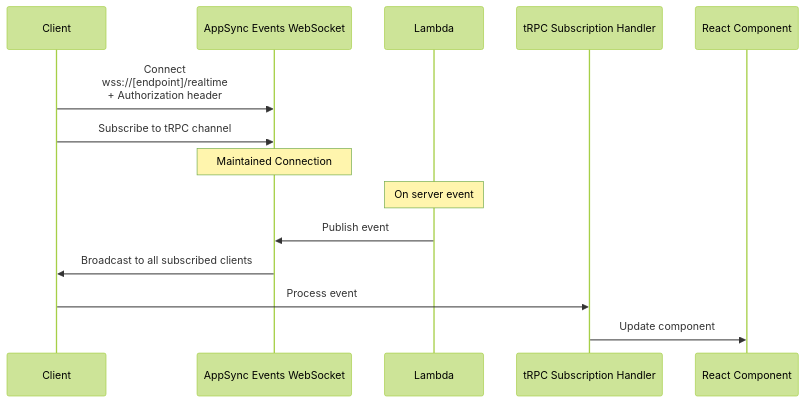
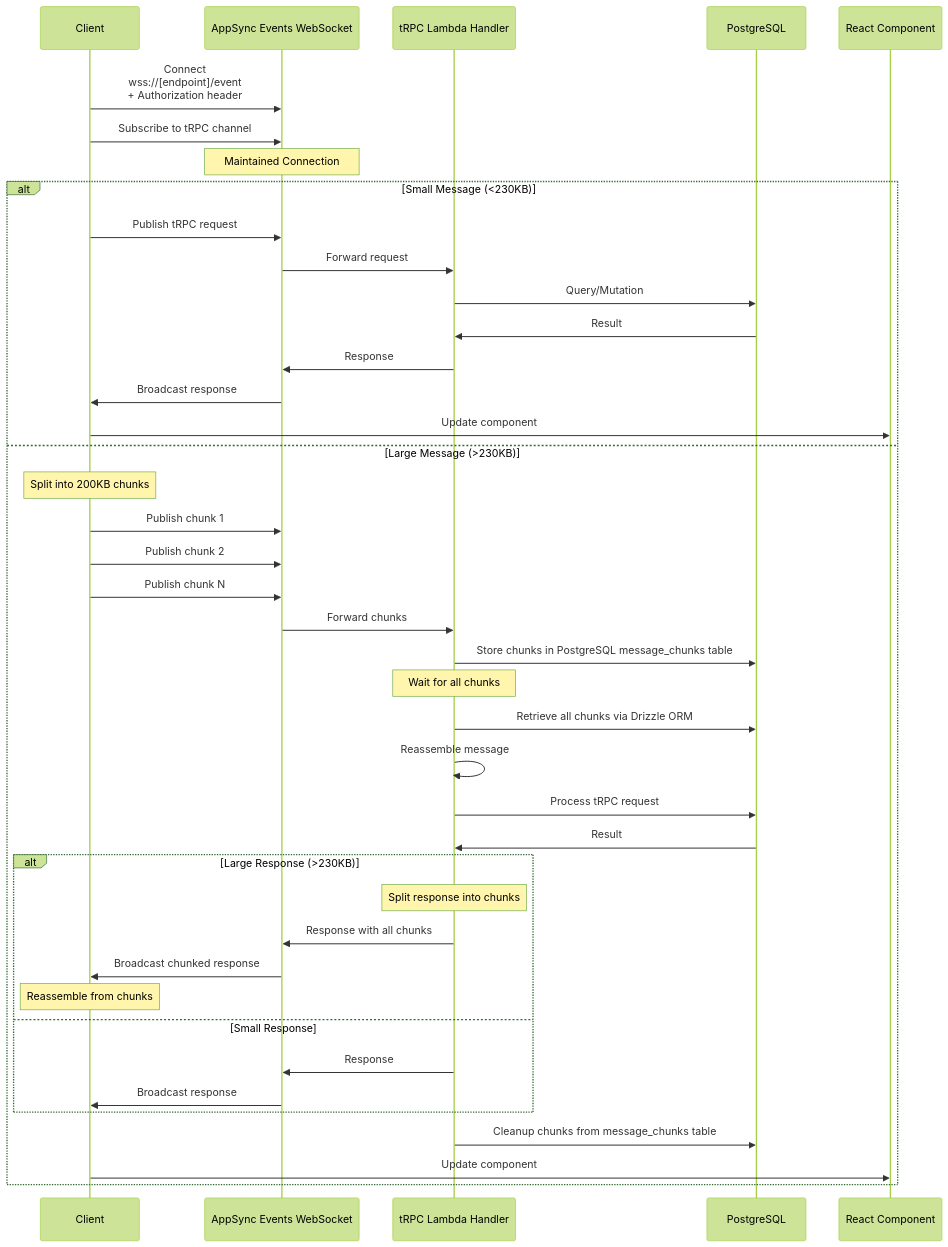
The fifth of 8 diagrams in specs/architecture-detailed.md (mattiarossi/playground-trpc-amplify), drawn with Mermaid (forest theme) before and after one commit. The commit also changed other lines of this file and 21 other files, not shown here.

````diff
--- a/specs/architecture-detailed.md
+++ b/specs/architecture-detailed.md
@@ -114,17 +114,45 @@
 ```mermaid
 sequenceDiagram
     participant Client
     participant WS as AppSync Events WebSocket
-    participant Lambda
-    participant Handler as tRPC Subscription Handler
+    participant Lambda as tRPC Lambda Handler
+    participant DB as PostgreSQL
     participant UI as React Component
     
-    Client->>WS: Connect<br/>wss://[endpoint]/realtime<br/>+ Authorization header
+    Client->>WS: Connect<br/>wss://[endpoint]/event<br/>+ Authorization header
     Client->>WS: Subscribe to tRPC channel
     Note over WS: Maintained Connection
-    Note over Lambda: On server event
-    Lambda->>WS: Publish event
-    WS->>Client: Broadcast to all subscribed clients
-    Client->>Handler: Process event
-    Handler->>UI: Update component
+    
+    alt Small Message (<230KB)
+        Client->>WS: Publish tRPC request
+        WS->>Lambda: Forward request
+        Lambda->>DB: Query/Mutation
+        DB->>Lambda: Result
+        Lambda->>WS: Response
+        WS->>Client: Broadcast response
+        Client->>UI: Update component
+    else Large Message (>230KB)
+        Note over Client: Split into 200KB chunks
+        Client->>WS: Publish chunk 1
+        Client->>WS: Publish chunk 2
+        Client->>WS: Publish chunk N
+        WS->>Lambda: Forward chunks
+        Lambda->>DB: Store chunks in PostgreSQL message_chunks table
+        Note over Lambda: Wait for all chunks
+        Lambda->>DB: Retrieve all chunks via Drizzle ORM
+        Lambda->>Lambda: Reassemble message
+        Lambda->>DB: Process tRPC request
+        DB->>Lambda: Result
+        alt Large Response (>230KB)
+            Note over Lambda: Split response into chunks
+            Lambda->>WS: Response with all chunks
+            WS->>Client: Broadcast chunked response
+            Note over Client: Reassemble from chunks
+        else Small Response
+            Lambda->>WS: Response
+            WS->>Client: Broadcast response
+        end
+        Lambda->>DB: Cleanup chunks from message_chunks table
+        Client->>UI: Update component
+    end
 ```
````
